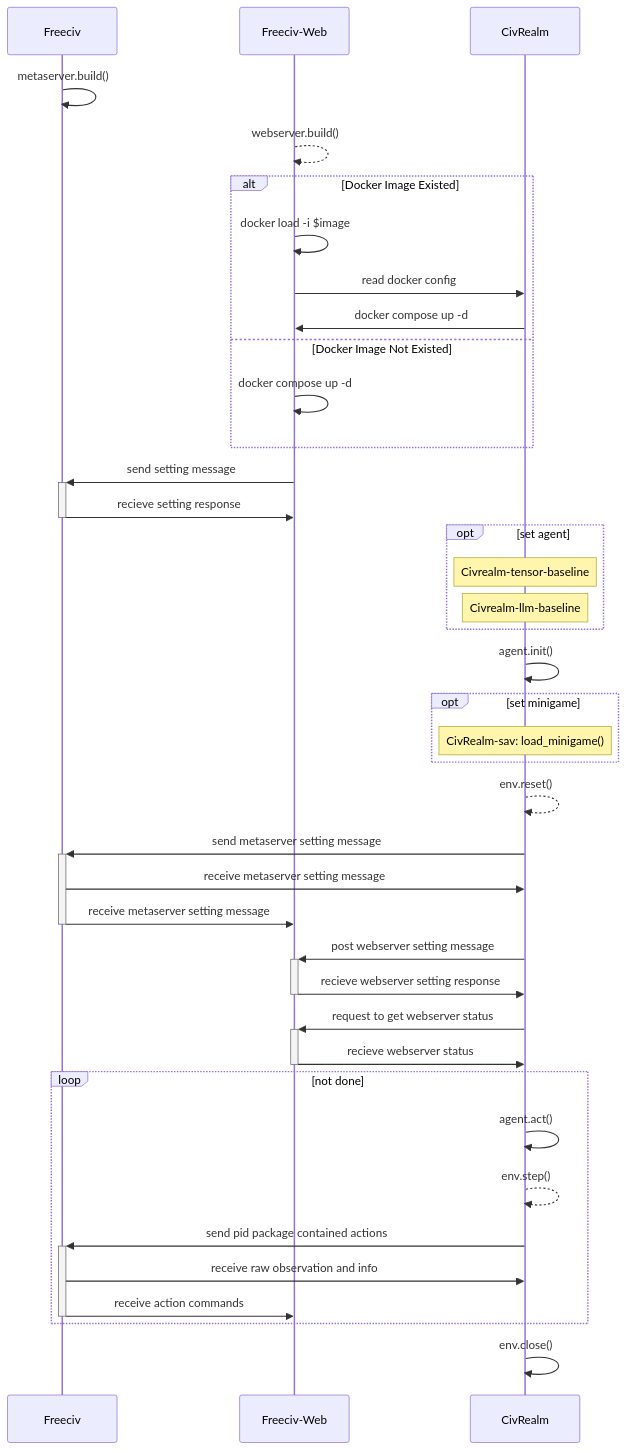
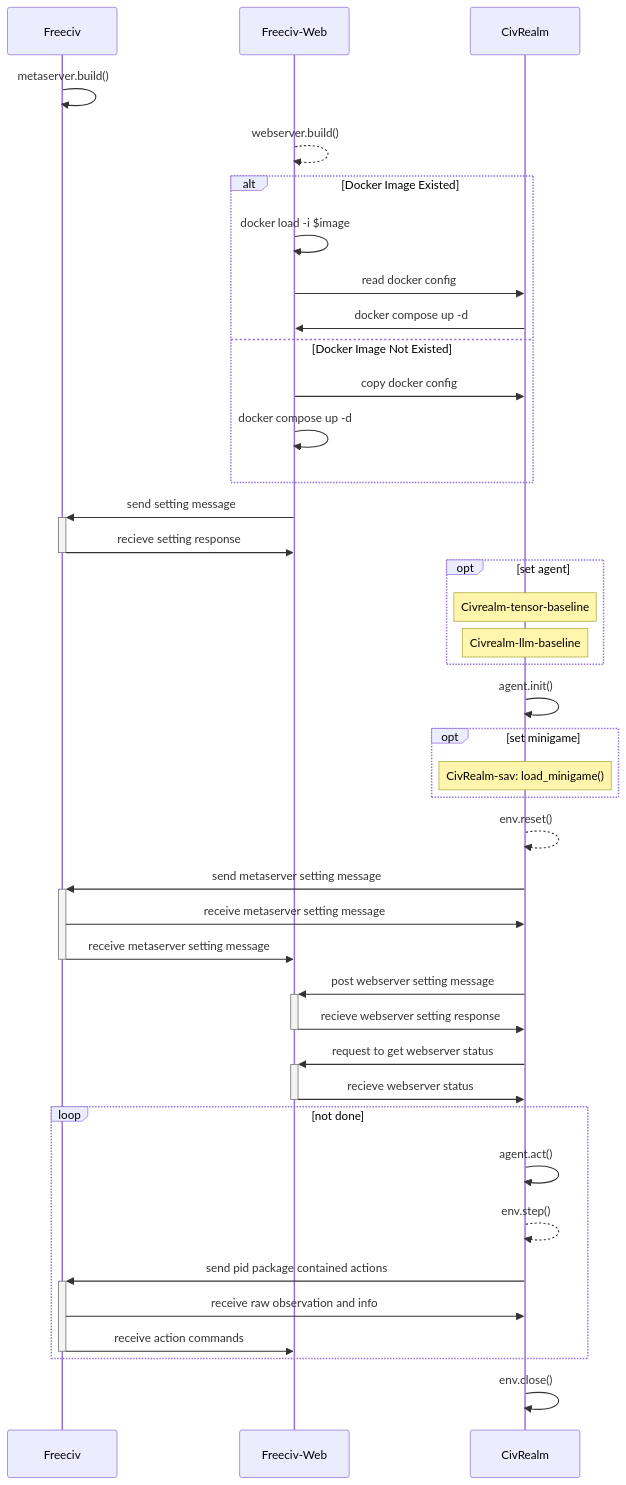
Before and after one commit to fdrocha/forecastbench-sim: the diagram in docs/advanced_materials/frame.md, drawn with Mermaid. The commit also changed 7 other files, not shown here.

Commit message:
set port 8080 from docker-compose.yml

````diff
--- a/docs/advanced_materials/frame.md
+++ b/docs/advanced_materials/frame.md
@@ -3,39 +3,40 @@
 ```mermaid
 sequenceDiagram
     Freeciv ->> Freeciv : metaserver.build()
     Freeciv-Web -->> Freeciv-Web : webserver.build()
     alt Docker Image Existed
         Freeciv-Web->>Freeciv-Web: docker load -i $image
         Freeciv-Web ->> CivRealm : read docker config
         CivRealm ->> Freeciv-Web : docker compose up -d
     else Docker Image Not Existed
-        Freeciv-Web->>Freeciv-Web: docker compose up -d
+        Freeciv-Web ->> CivRealm : copy docker config
+        Freeciv-Web ->> Freeciv-Web: docker compose up -d
     end
     Freeciv-Web ->> + Freeciv : send setting message
     Freeciv ->> - Freeciv-Web : recieve setting response
     opt set agent
         Note over CivRealm : Civrealm-tensor-baseline
         Note over CivRealm : Civrealm-llm-baseline
     end
     CivRealm ->> CivRealm : agent.init()
     opt set minigame
         Note over CivRealm : CivRealm-sav: load_minigame()
     end
     CivRealm -->> CivRealm : env.reset()
         CivRealm ->> + Freeciv : send metaserver setting message
         Freeciv ->>  CivRealm : receive metaserver setting message
         Freeciv ->> - Freeciv-Web : receive metaserver setting message
         CivRealm ->> + Freeciv-Web : post webserver setting message
         Freeciv-Web ->> - CivRealm : recieve webserver setting response
         CivRealm ->> + Freeciv-Web : request to get webserver status
         Freeciv-Web ->> - CivRealm : recieve webserver status
     loop not done
         CivRealm ->> CivRealm : agent.act()
         CivRealm -->> CivRealm : env.step()
         CivRealm ->> + Freeciv : send pid package contained actions
         Freeciv ->>   CivRealm : receive raw observation and info
         Freeciv ->> - Freeciv-Web : receive action commands
     end
     CivRealm ->> CivRealm : env.close()
 
 ```
````
